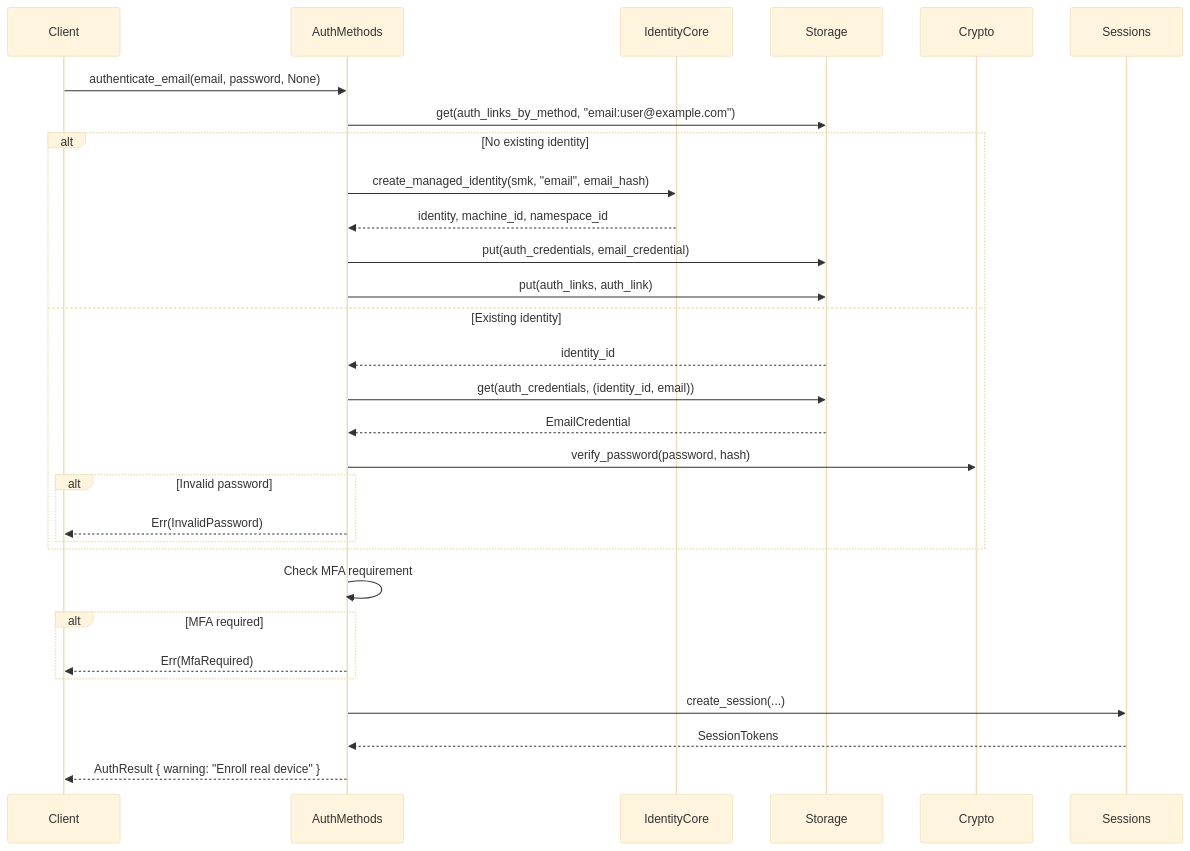
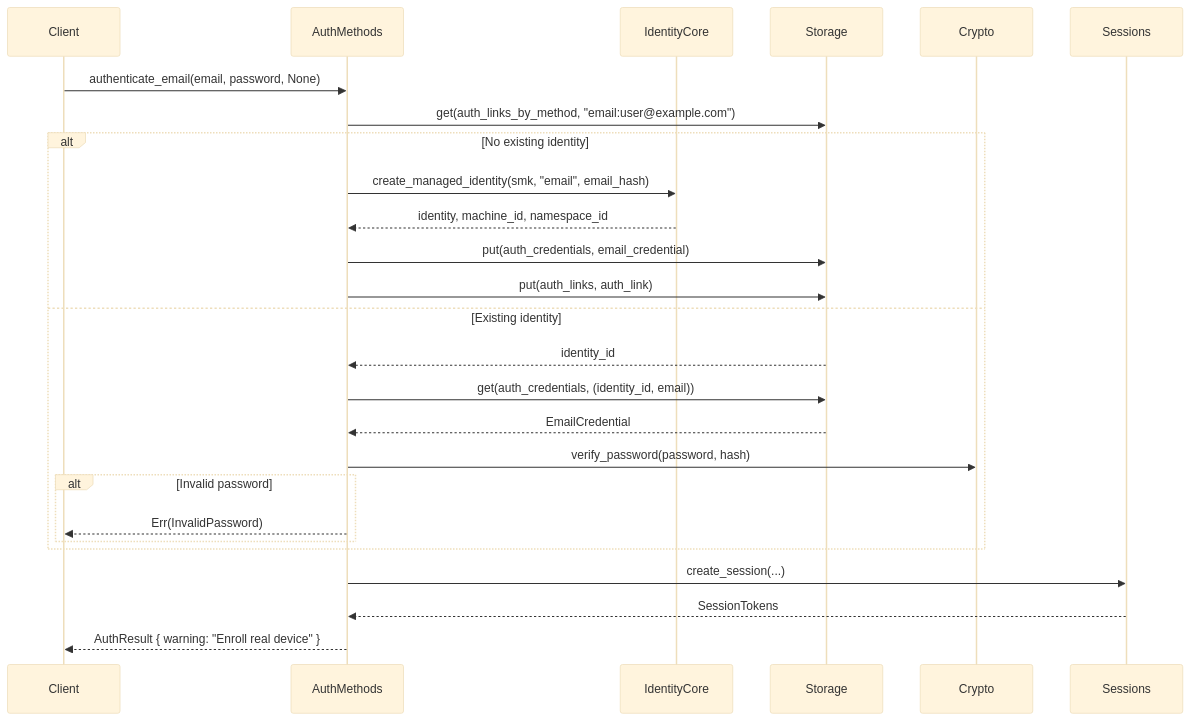
One commit to cypher-asi/zero-auth changed the sixth of 7 diagrams in docs/spec/v0.1.1/07-methods.md. Above: the diagram before and after it, drawn with Mermaid (base theme). The commit also changed other lines of this file and 126 other files, not shown here.

````diff
--- a/docs/spec/v0.1.1/07-methods.md
+++ b/docs/spec/v0.1.1/07-methods.md
@@ -639,40 +558,34 @@
 ```mermaid
 sequenceDiagram
     participant Client
     participant Methods as AuthMethods
     participant IdentityCore
     participant Storage
     participant Crypto
     participant Sessions
     
     Client->>Methods: authenticate_email(email, password, None)
     
     Methods->>Storage: get(auth_links_by_method, "email:user@example.com")
     
     alt No existing identity
         Methods->>IdentityCore: create_managed_identity(smk, "email", email_hash)
         IdentityCore-->>Methods: identity, machine_id, namespace_id
         Methods->>Storage: put(auth_credentials, email_credential)
         Methods->>Storage: put(auth_links, auth_link)
     else Existing identity
         Storage-->>Methods: identity_id
         Methods->>Storage: get(auth_credentials, (identity_id, email))
         Storage-->>Methods: EmailCredential
         
         Methods->>Crypto: verify_password(password, hash)
         alt Invalid password
             Methods-->>Client: Err(InvalidPassword)
         end
     end
     
-    Methods->>Methods: Check MFA requirement
-    
-    alt MFA required
-        Methods-->>Client: Err(MfaRequired)
-    end
-    
     Methods->>Sessions: create_session(...)
     Sessions-->>Methods: SessionTokens
     
     Methods-->>Client: AuthResult { warning: "Enroll real device" }
 ```
````
